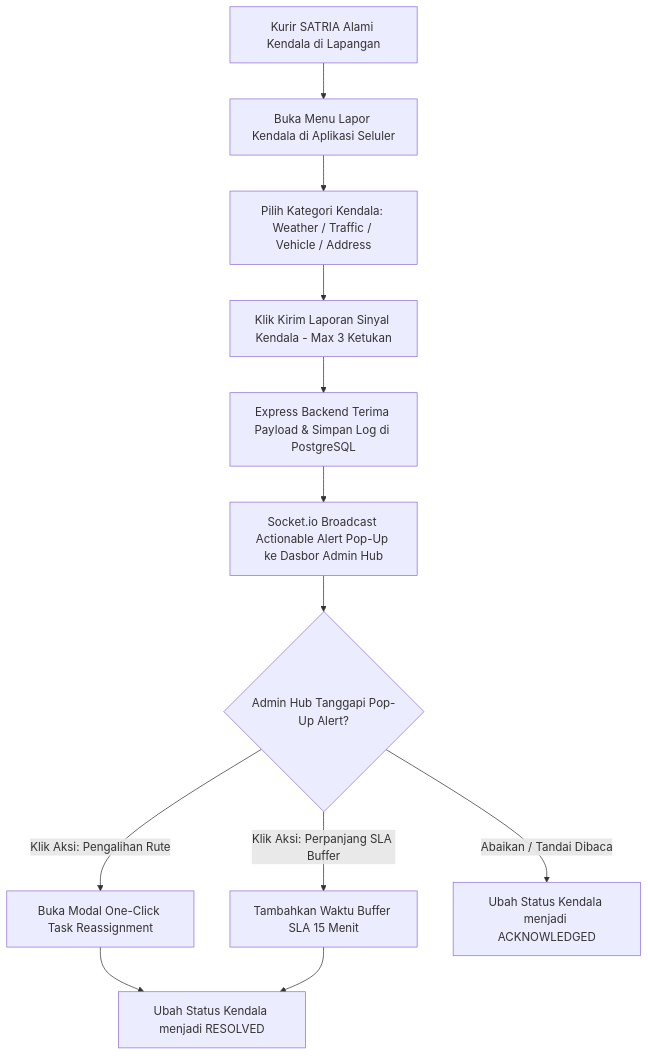
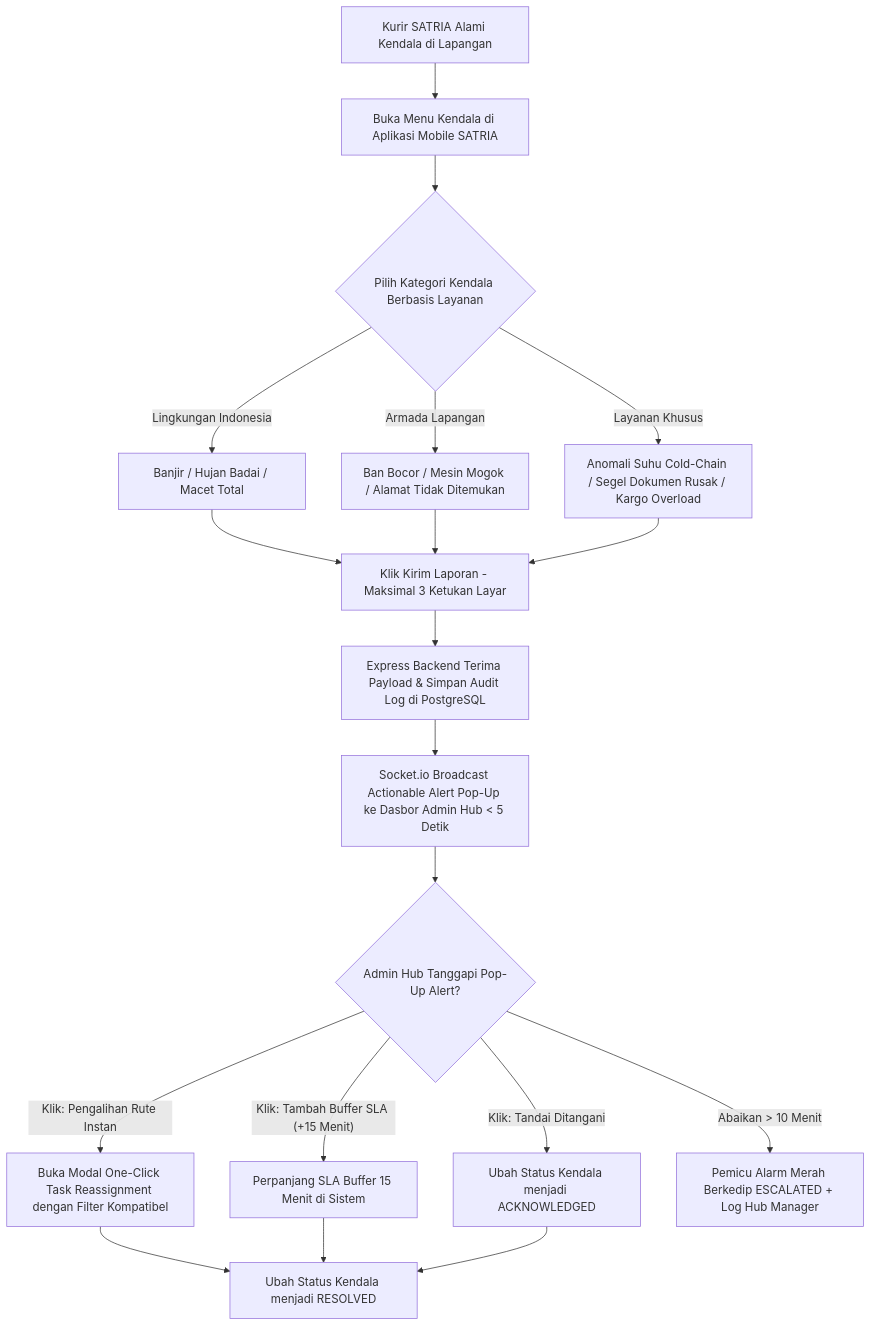
Before and after one commit to Ampasan/anteraja-capstone-naufalrakanramadhan: the diagram in docs/frd/FRD-04-quick-incident-reporting.md, drawn with Mermaid. The commit also changed other lines of this file and 7 other files, not shown here.

````diff
--- a/docs/frd/FRD-04-quick-incident-reporting.md
+++ b/docs/frd/FRD-04-quick-incident-reporting.md
@@ -21,14 +23,24 @@
 ```mermaid
 graph TD
-    A[Kurir SATRIA Alami Kendala di Lapangan] --> B[Buka Menu Lapor Kendala di Aplikasi Seluler]
-    B --> C[Pilih Kategori Kendala: Weather / Traffic / Vehicle / Address]
-    C --> D[Klik Kirim Laporan Sinyal Kendala - Max 3 Ketukan]
-    D --> E[Express Backend Terima Payload & Simpan Log di PostgreSQL]
-    E --> F[Socket.io Broadcast Actionable Alert Pop-Up ke Dasbor Admin Hub]
-    F --> G{Admin Hub Tanggapi Pop-Up Alert?}
-    G -- "Klik Aksi: Pengalihan Rute" --> H[Buka Modal One-Click Task Reassignment]
-    G -- "Klik Aksi: Perpanjang SLA Buffer" --> I[Tambahkan Waktu Buffer SLA 15 Menit]
-    G -- "Abaikan / Tandai Dibaca" --> J[Ubah Status Kendala menjadi ACKNOWLEDGED]
-    H --> K[Ubah Status Kendala menjadi RESOLVED]
-    I --> K
+    A[Kurir SATRIA Alami Kendala di Lapangan] --> B[Buka Menu Kendala di Aplikasi Mobile SATRIA]
+    B --> C{Pilih Kategori Kendala Berbasis Layanan}
+    C -- "Lingkungan Indonesia" --> D1[Banjir / Hujan Badai / Macet Total]
+    C -- "Armada Lapangan" --> D2[Ban Bocor / Mesin Mogok / Alamat Tidak Ditemukan]
+    C -- "Layanan Khusus" --> D3[Anomali Suhu Cold-Chain / Segel Dokumen Rusak / Kargo Overload]
+    
+    D1 --> E[Klik Kirim Laporan - Maksimal 3 Ketukan Layar]
+    D2 --> E
+    D3 --> E
+    
+    E --> F[Express Backend Terima Payload & Simpan Audit Log di PostgreSQL]
+    F --> G[Socket.io Broadcast Actionable Alert Pop-Up ke Dasbor Admin Hub < 5 Detik]
+    G --> H{Admin Hub Tanggapi Pop-Up Alert?}
+    H -- "Klik: Pengalihan Rute Instan" --> I[Buka Modal One-Click Task Reassignment dengan Filter Kompatibel]
+    H -- "Klik: Tambah Buffer SLA (+15 Menit)" --> J[Perpanjang SLA Buffer 15 Menit di Sistem]
+    H -- "Klik: Tandai Ditangani" --> K[Ubah Status Kendala menjadi ACKNOWLEDGED]
+    H -- "Abaikan > 10 Menit" --> L[Pemicu Alarm Merah Berkedip ESCALATED + Log Hub Manager]
+    
+    I --> M[Ubah Status Kendala menjadi RESOLVED]
+    J --> M
+    K --> M
 ```
````
